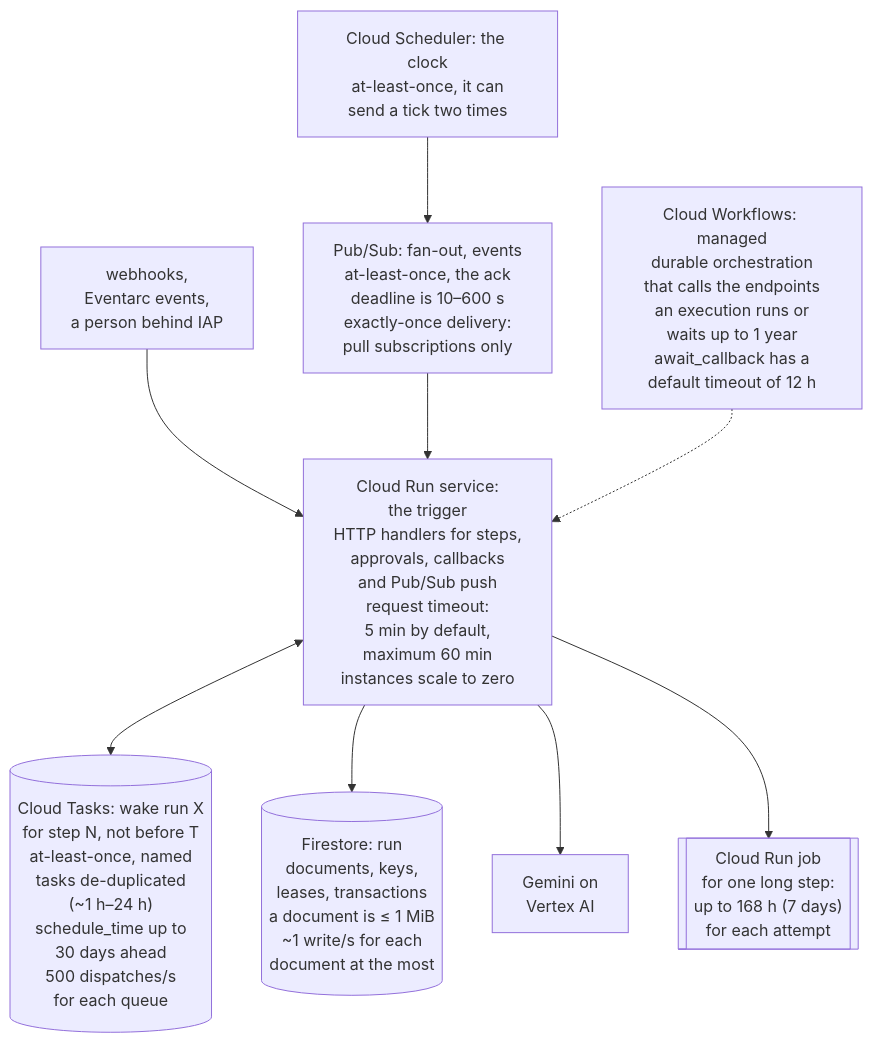
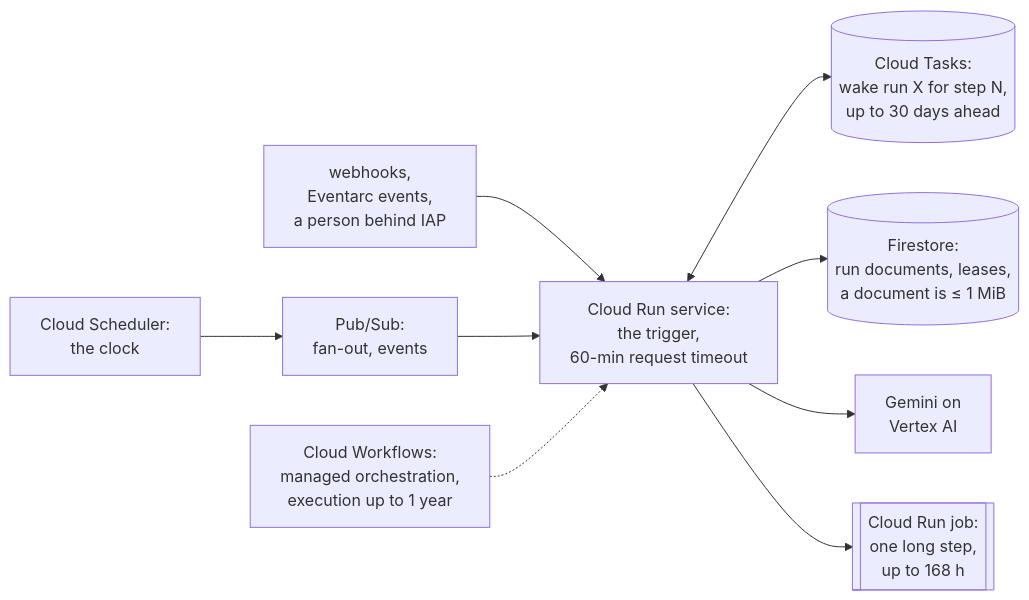
The fourth of 4 diagrams in 07-application-agent-framework/long-running-durable/PRIMER.md (aniryou/full-stack-agentic-engineer), drawn with Mermaid before and after one commit. The commit also changed other lines of this file and 633 other files, not shown here.

First line of the commit message:
Accessible language and one-screen figures, part 1: every figure fits a screen, the STE second pass over the layers (#53)

````diff
--- a/07-application-agent-framework/long-running-durable/PRIMER.md
+++ b/07-application-agent-framework/long-running-durable/PRIMER.md
@@ -264,11 +264,11 @@
 ```mermaid
-flowchart TB
-  SCH["Cloud Scheduler: the clock<br/>at-least-once, it can<br/>send a tick two times"] --> PS["Pub/Sub: fan-out, events<br/>at-least-once, the ack<br/>deadline is 10–600 s<br/>exactly-once delivery:<br/>pull subscriptions only"]
+flowchart LR
+  SCH["Cloud Scheduler:<br/>the clock"] --> PS["Pub/Sub:<br/>fan-out, events"]
   EXT["webhooks,<br/>Eventarc events,<br/>a person behind IAP"] --> CR
-  PS --> CR["Cloud Run service:<br/>the trigger<br/>HTTP handlers for steps,<br/>approvals, callbacks<br/>and Pub/Sub push<br/>request timeout:<br/>5 min by default,<br/>maximum 60 min<br/>instances scale to zero"]
-  CR <--> CT[("Cloud Tasks: wake run X<br/>for step N, not before T<br/>at-least-once, named<br/>tasks de-duplicated<br/>(~1 h–24 h)<br/>schedule_time up to<br/>30 days ahead<br/>500 dispatches/s<br/>for each queue")]
-  CR --> FS[("Firestore: run<br/>documents, keys,<br/>leases, transactions<br/>a document is ≤ 1 MiB<br/>~1 write/s for each<br/>document at the most")]
+  PS --> CR["Cloud Run service:<br/>the trigger,<br/>60-min request timeout"]
+  CR <--> CT[("Cloud Tasks:<br/>wake run X for step N,<br/>up to 30 days ahead")]
+  CR --> FS[("Firestore:<br/>run documents, leases,<br/>a document is ≤ 1 MiB")]
   CR --> GM["Gemini on<br/>Vertex AI"]
-  CR --> JOB[["Cloud Run job<br/>for one long step:<br/>up to 168 h (7 days)<br/>for each attempt"]]
-  WF["Cloud Workflows: managed<br/>durable orchestration<br/>that calls the endpoints<br/>an execution runs or<br/>waits up to 1 year<br/>await_callback has a<br/>default timeout of 12 h"] -.-> CR
+  CR --> JOB[["Cloud Run job:<br/>one long step,<br/>up to 168 h"]]
+  WF["Cloud Workflows:<br/>managed orchestration,<br/>execution up to 1 year"] -.-> CR
 ```
````
